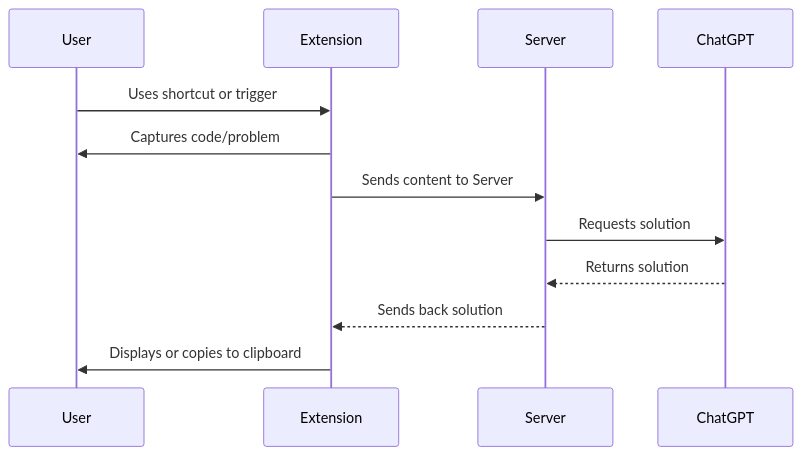
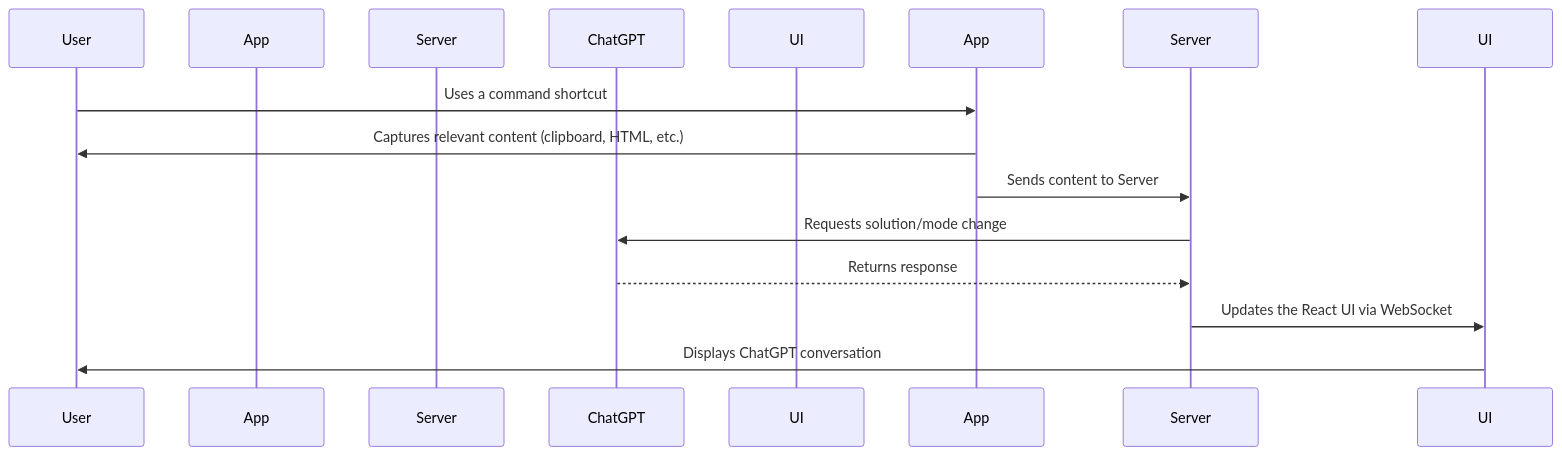
One commit to x-hq/algo-helper changed the diagram in README.md. Above: the diagram before and after it, drawn with Mermaid. The commit also changed other lines of this file, not shown here.

Commit message:
Update code

````diff
--- a/README.md
+++ b/README.md
@@ -5,15 +40,16 @@
 ```mermaid
 sequenceDiagram
     participant User
-    participant Extension
-    participant Server
+    participant ElectronApp as App
+    participant ExpressServer as Server
     participant ChatGPT
+    participant ReactUI as UI
 
-    User->>Extension: Uses shortcut or trigger
-    Extension->>User: Captures code/problem
-    Extension->>Server: Sends content to Server
-    Server->>ChatGPT: Requests solution
-    ChatGPT-->>Server: Returns solution
-    Server-->>Extension: Sends back solution
-    Extension->>User: Displays or copies to clipboard
+    User->>App: Uses a command shortcut
+    App->>User: Captures relevant content (clipboard, HTML, etc.)
+    App->>Server: Sends content to Server
+    Server->>ChatGPT: Requests solution/mode change
+    ChatGPT-->>Server: Returns response
+    Server->>UI: Updates the React UI via WebSocket
+    UI->>User: Displays ChatGPT conversation
 ```
````
